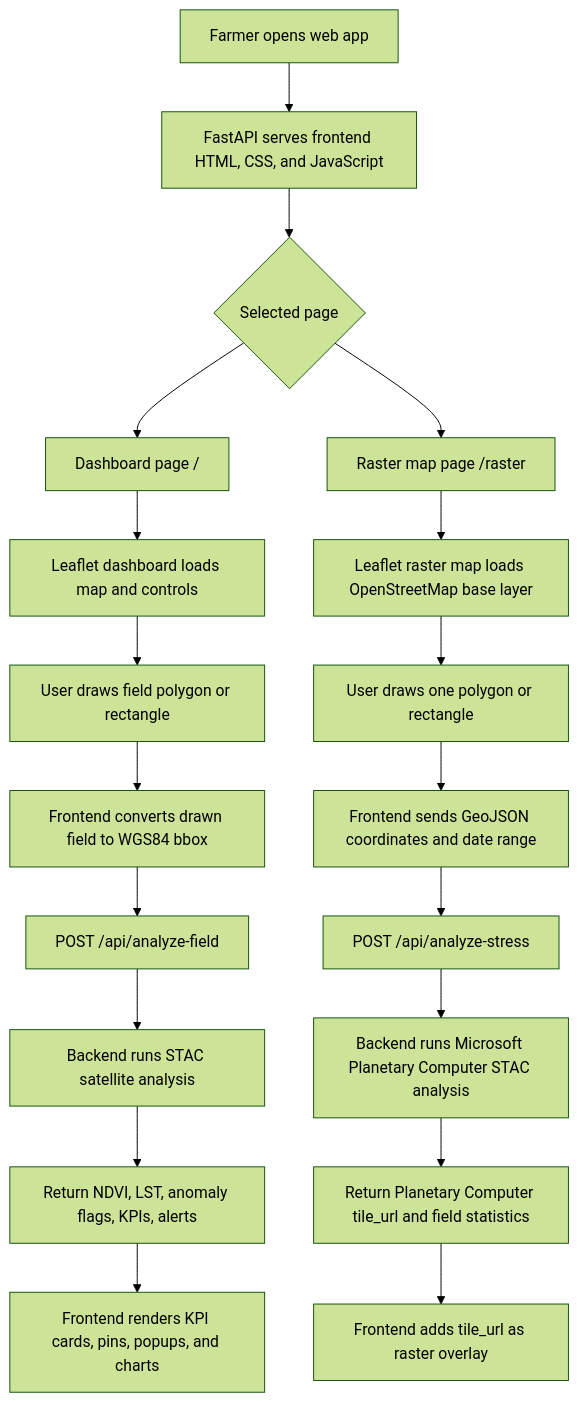
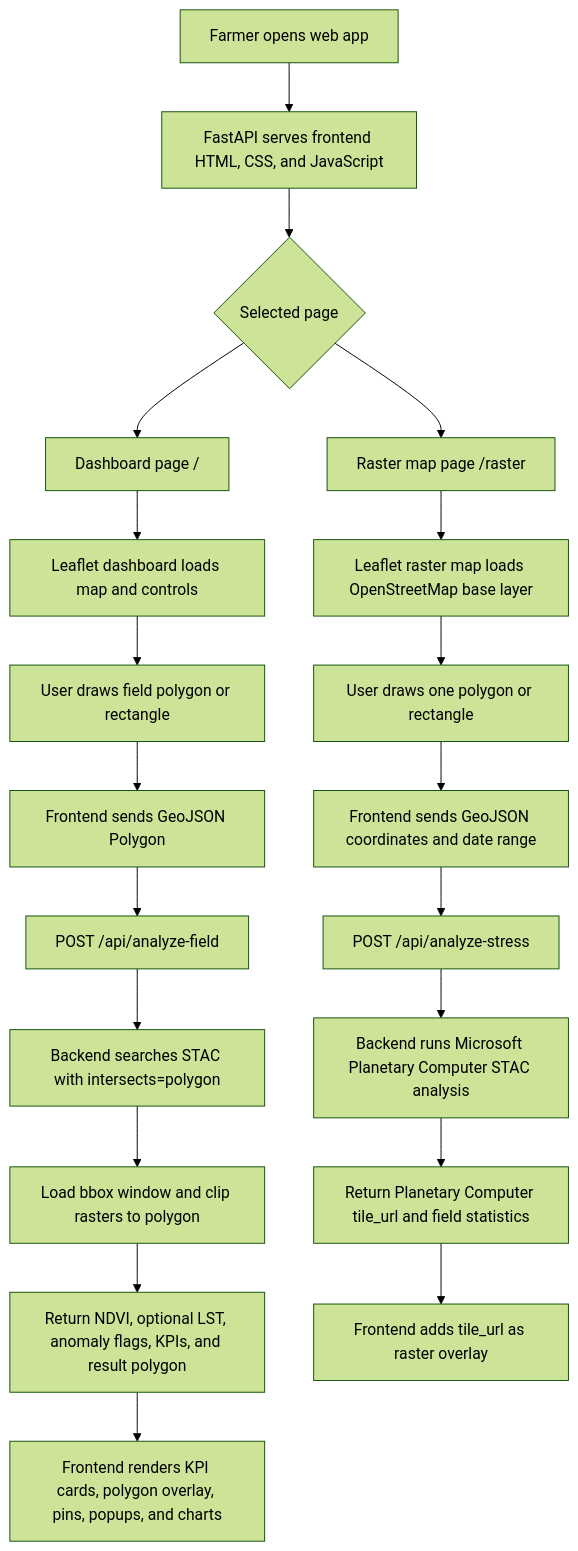
One commit to chinna5656/satellite-crop-planner changed the first of 5 diagrams in docs/web-processing-flowchart.md. Above: the diagram before and after it, drawn with Mermaid (forest theme). The commit also changed other lines of this file and 7 other files, not shown here.

````diff
--- a/docs/web-processing-flowchart.md
+++ b/docs/web-processing-flowchart.md
@@ -7,23 +7,24 @@
 ```mermaid
 flowchart TD
     A["Farmer opens web app"] --> B["FastAPI serves frontend HTML, CSS, and JavaScript"]
     B --> C{"Selected page"}
     C --> D["Dashboard page /"]
     C --> E["Raster map page /raster"]
 
     D --> F["Leaflet dashboard loads map and controls"]
     F --> G["User draws field polygon or rectangle"]
-    G --> H["Frontend converts drawn field to WGS84 bbox"]
+    G --> H["Frontend sends GeoJSON Polygon"]
     H --> I["POST /api/analyze-field"]
-    I --> J["Backend runs STAC satellite analysis"]
-    J --> K["Return NDVI, LST, anomaly flags, KPIs, alerts"]
-    K --> L["Frontend renders KPI cards, pins, popups, and charts"]
+    I --> J["Backend searches STAC with intersects=polygon"]
+    J --> K["Load bbox window and clip rasters to polygon"]
+    K --> L["Return NDVI, optional LST, anomaly flags, KPIs, and result polygon"]
+    L --> M["Frontend renders KPI cards, polygon overlay, pins, popups, and charts"]
 
-    E --> M["Leaflet raster map loads OpenStreetMap base layer"]
-    M --> N["User draws one polygon or rectangle"]
-    N --> O["Frontend sends GeoJSON coordinates and date range"]
-    O --> P["POST /api/analyze-stress"]
-    P --> Q["Backend runs Microsoft Planetary Computer STAC analysis"]
-    Q --> R["Return Planetary Computer tile_url and field statistics"]
-    R --> S["Frontend adds tile_url as raster overlay"]
+    E --> N["Leaflet raster map loads OpenStreetMap base layer"]
+    N --> O["User draws one polygon or rectangle"]
+    O --> P["Frontend sends GeoJSON coordinates and date range"]
+    P --> Q["POST /api/analyze-stress"]
+    Q --> R["Backend runs Microsoft Planetary Computer STAC analysis"]
+    R --> S["Return Planetary Computer tile_url and field statistics"]
+    S --> T["Frontend adds tile_url as raster overlay"]
 ```
````
